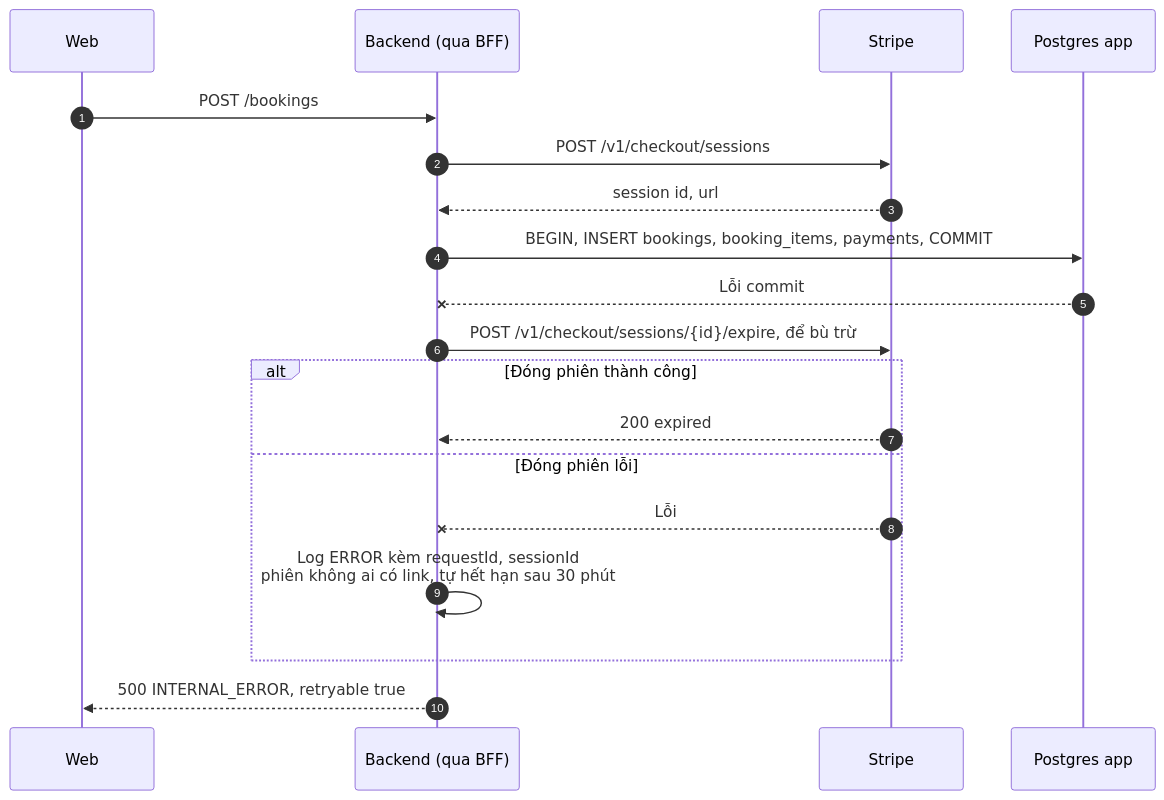
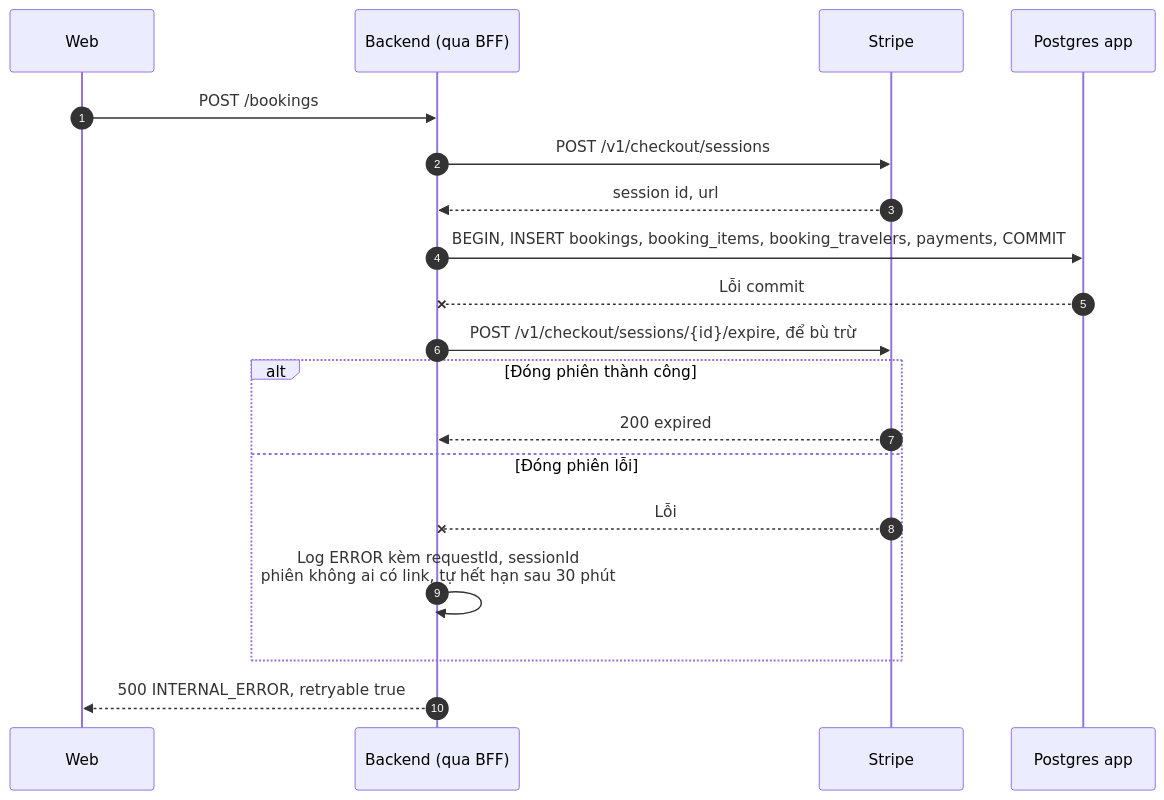
Diagram 11 of 19 in docs/spec/booking/so-do-luong-dat-cho-thanh-toan.md (NguyenNhat4/Travel-Recommend-System), drawn with Mermaid before and after one commit. The commit also changed other lines of this file and 104 other files, not shown here.

````diff
--- a/docs/spec/booking/so-do-luong-dat-cho-thanh-toan.md
+++ b/docs/spec/booking/so-do-luong-dat-cho-thanh-toan.md
@@ -533,22 +543,22 @@
 ```mermaid
 sequenceDiagram
     autonumber
     participant W as Web
     participant F as Backend (qua BFF)
     participant S as Stripe
     participant P as Postgres app
 
     W->>F: POST /bookings
     F->>S: POST /v1/checkout/sessions
     S-->>F: session id, url
-    F->>P: BEGIN, INSERT bookings, booking_items, payments, COMMIT
+    F->>P: BEGIN, INSERT bookings, booking_items, booking_travelers, payments, COMMIT
     P--xF: Lỗi commit
     F->>S: POST /v1/checkout/sessions/{id}/expire, để bù trừ
     alt Đóng phiên thành công
         S-->>F: 200 expired
     else Đóng phiên lỗi
         S--xF: Lỗi
         F->>F: Log ERROR kèm requestId, sessionId<br/>phiên không ai có link, tự hết hạn sau 30 phút
     end
     F-->>W: 500 INTERNAL_ERROR, retryable true
 ```
````
